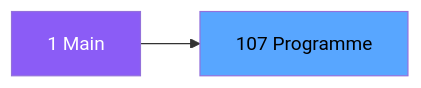
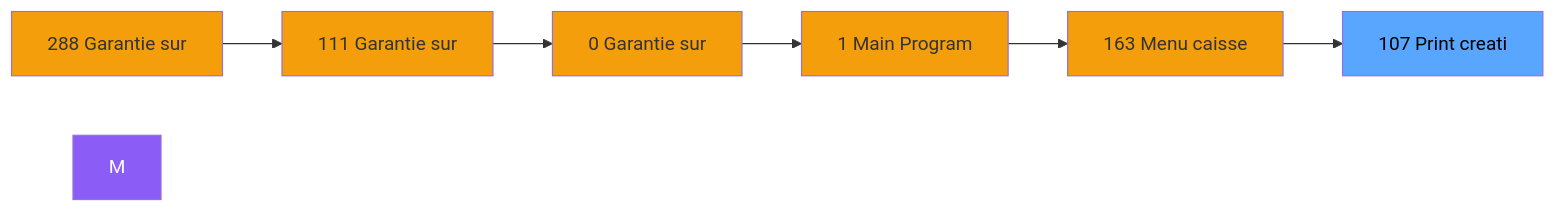
Before and after one commit to thonyAGP/magic-migration: the second of 3 diagrams in .openspec/specs/ADH-IDE-107.md, drawn with Mermaid. The commit also changed other lines of this file and 323 other files, not shown here.

````diff
--- a/.openspec/specs/ADH-IDE-107.md
+++ b/.openspec/specs/ADH-IDE-107.md
@@ -104,8 +122,21 @@
 ```mermaid
 graph LR
-    M[1 Main]
-    T[107 Programme]
-    M --> T
+    N288[288 Garantie sur]
+    N111[111 Garantie sur]
+    N0[0 Garantie sur]
+    N1[1 Main Program]
+    N163[163 Menu caisse ]
+    T[107 Print creati]
+    N288 --> N111
+    N111 --> N0
+    N0 --> N1
+    N1 --> N163
+    N163 --> T
     style M fill:#8b5cf6,color:#fff
+    style N288 fill:#f59e0b
+    style N111 fill:#f59e0b
+    style N0 fill:#f59e0b
+    style N1 fill:#f59e0b
+    style N163 fill:#f59e0b
     style T fill:#58a6ff,color:#000
 ```
````
